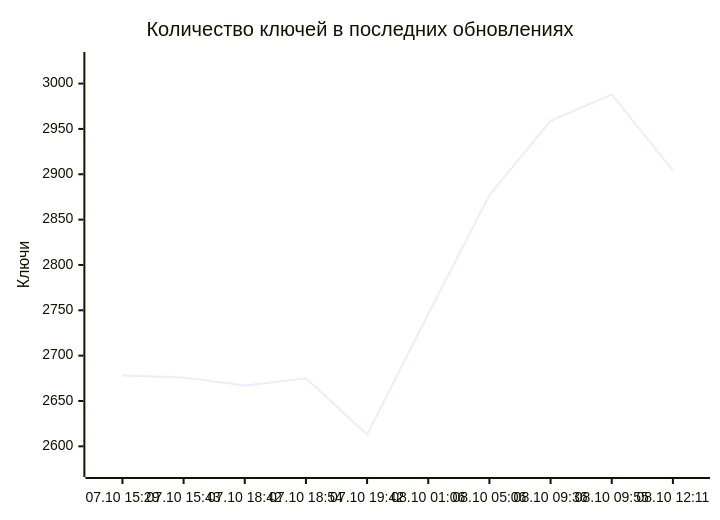
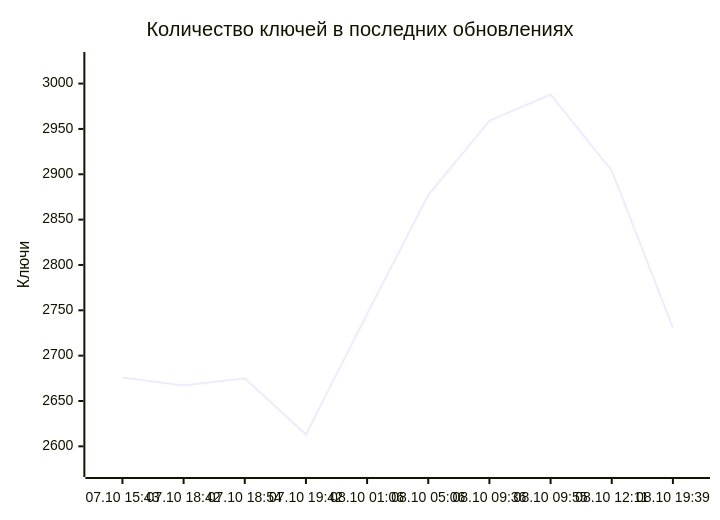
One commit to markKikhtenko/WireVeil changed the diagram in README.md. Above: the diagram before and after it, drawn with Mermaid. The commit also changed other lines of this file and 12 other files, not shown here.

````diff
--- a/README.md
+++ b/README.md
@@ -55,7 +55,7 @@
 ```mermaid
 xychart-beta
     title "Количество ключей в последних обновлениях"
-    x-axis ["07.10 15:29", "07.10 15:43", "07.10 18:42", "07.10 18:54", "07.10 19:42", "08.10 01:06", "08.10 05:06", "08.10 09:36", "08.10 09:55", "08.10 12:11"]
+    x-axis ["07.10 15:43", "07.10 18:42", "07.10 18:54", "07.10 19:42", "08.10 01:06", "08.10 05:06", "08.10 09:36", "08.10 09:55", "08.10 12:11", "08.10 19:39"]
     y-axis "Ключи" 2575 --> 3026
-    line [2678, 2676, 2667, 2675, 2613, 2746, 2877, 2959, 2988, 2904]
+    line [2676, 2667, 2675, 2613, 2746, 2877, 2959, 2988, 2904, 2731]
 ```
````
